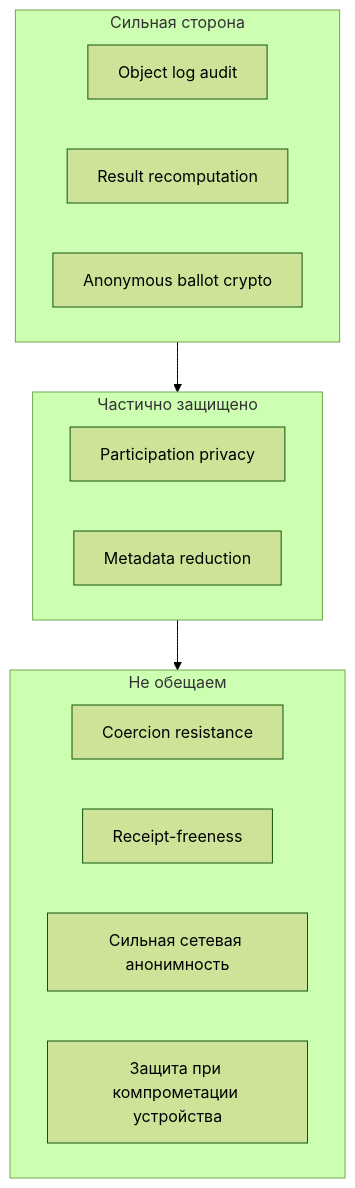
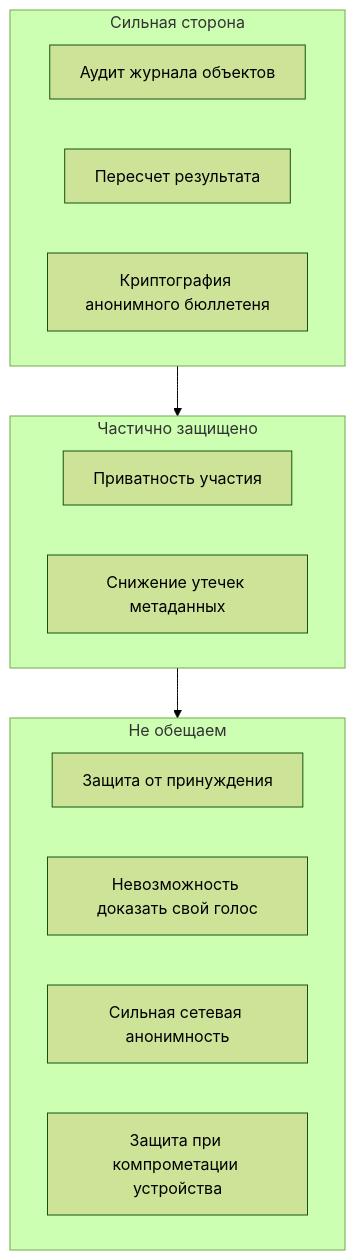
Before and after one commit to arshtanko/librevote: diagram 16 of 17 in librevote-presentation-ru.md, drawn with Mermaid (forest theme). The commit also changed other lines of this file, not shown here.

````diff
--- a/librevote-presentation-ru.md
+++ b/librevote-presentation-ru.md
@@ -444,23 +470,23 @@
 ```mermaid
 flowchart TB
   subgraph Strong[Сильная сторона]
-    A[Object log audit]
-    B[Result recomputation]
-    C[Anonymous ballot crypto]
+    A[Аудит журнала объектов]
+    B[Пересчет результата]
+    C[Криптография анонимного бюллетеня]
   end
 
   subgraph Partial[Частично защищено]
-    D[Participation privacy]
-    E[Metadata reduction]
+    D[Приватность участия]
+    E[Снижение утечек метаданных]
   end
 
   subgraph NotGoal[Не обещаем]
-    F[Coercion resistance]
-    G[Receipt-freeness]
+    F[Защита от принуждения]
+    G[Невозможность доказать свой голос]
     H[Сильная сетевая анонимность]
     I[Защита при компрометации устройства]
   end
 
   Strong --> Partial
   Partial --> NotGoal
 ```
````
